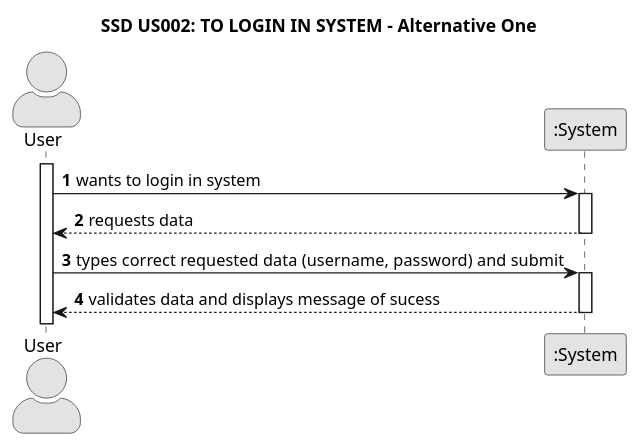
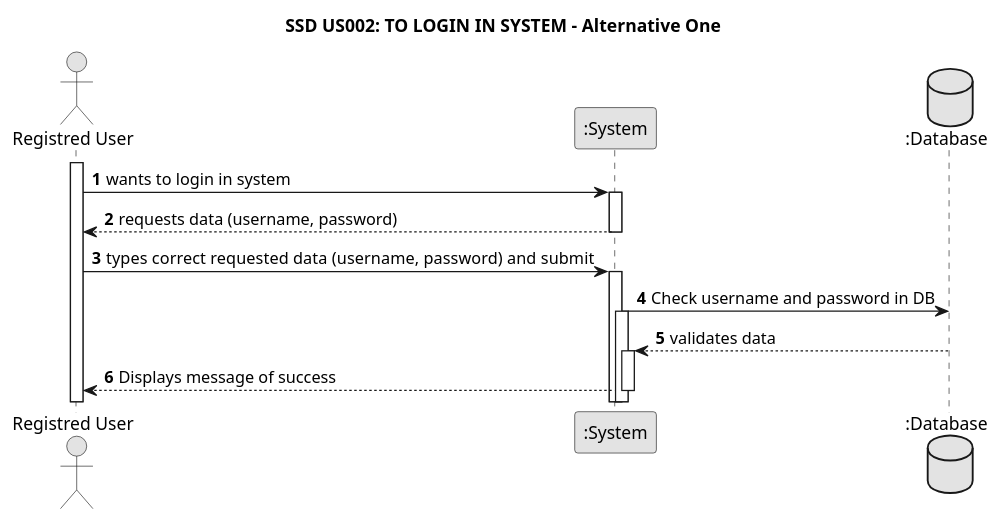
The diagram in docs/sprint01/us002/01.requirements-engineering/puml/us002-system-sequence-diagram-alternative-one.puml (TiagoMagalhaes1232507/Testando-projeto), drawn with PlantUML before and after one commit. The commit also changed 11 other files, not shown here.

```diff
--- a/docs/sprint01/us002/01.requirements-engineering/puml/us002-system-sequence-diagram-alternative-one.puml
+++ b/docs/sprint01/us002/01.requirements-engineering/puml/us002-system-sequence-diagram-alternative-one.puml
@@ -1,28 +1,35 @@
 @startuml
 skinparam monochrome true
 skinparam packageStyle rectangle
 skinparam shadowing false
-skinparam actorStyle awesome
+
 
 title SSD US002: TO LOGIN IN SYSTEM - Alternative One
 
 autonumber
 
-actor "User" as User
+actor "Registred User" as User
 participant ":System" as System
+database ":Database" as Database
 
 activate User
 
     User -> System : wants to login in system
     activate System
 
-        System --> User : requests data
+        System --> User : requests data (username, password)
     deactivate System
 
     User -> System : types correct requested data  (username, password) and submit
     activate System
 
-        System --> User : validates data and displays message of sucess
+        System -> Database : Check username and password in DB
+    activate System
+
+        Database --> System : validates data
+    activate System
+
+        System --> User : Displays message of success
     deactivate System
 
 @enduml
```
